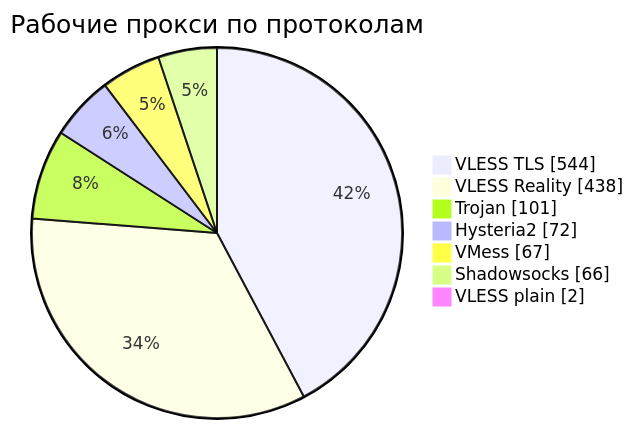
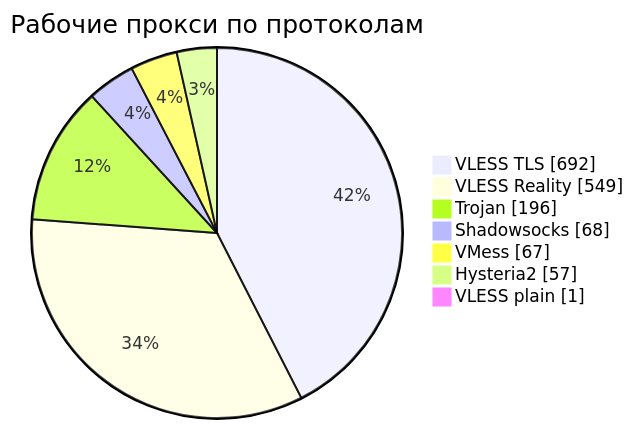
One commit to rvvg/proxy-subs changed the third of 4 diagrams in README.md. Above: the diagram before and after it, drawn with Mermaid. The commit also changed other lines of this file and 57 other files, not shown here.

````diff
--- a/README.md
+++ b/README.md
@@ -138,11 +146,11 @@
 ```mermaid
 pie showData
     title Рабочие прокси по протоколам
-    "VLESS TLS" : 544
-    "VLESS Reality" : 438
-    "Trojan" : 101
-    "Hysteria2" : 72
+    "VLESS TLS" : 692
+    "VLESS Reality" : 549
+    "Trojan" : 196
+    "Shadowsocks" : 68
     "VMess" : 67
-    "Shadowsocks" : 66
-    "VLESS plain" : 2
+    "Hysteria2" : 57
+    "VLESS plain" : 1
 ```
````
